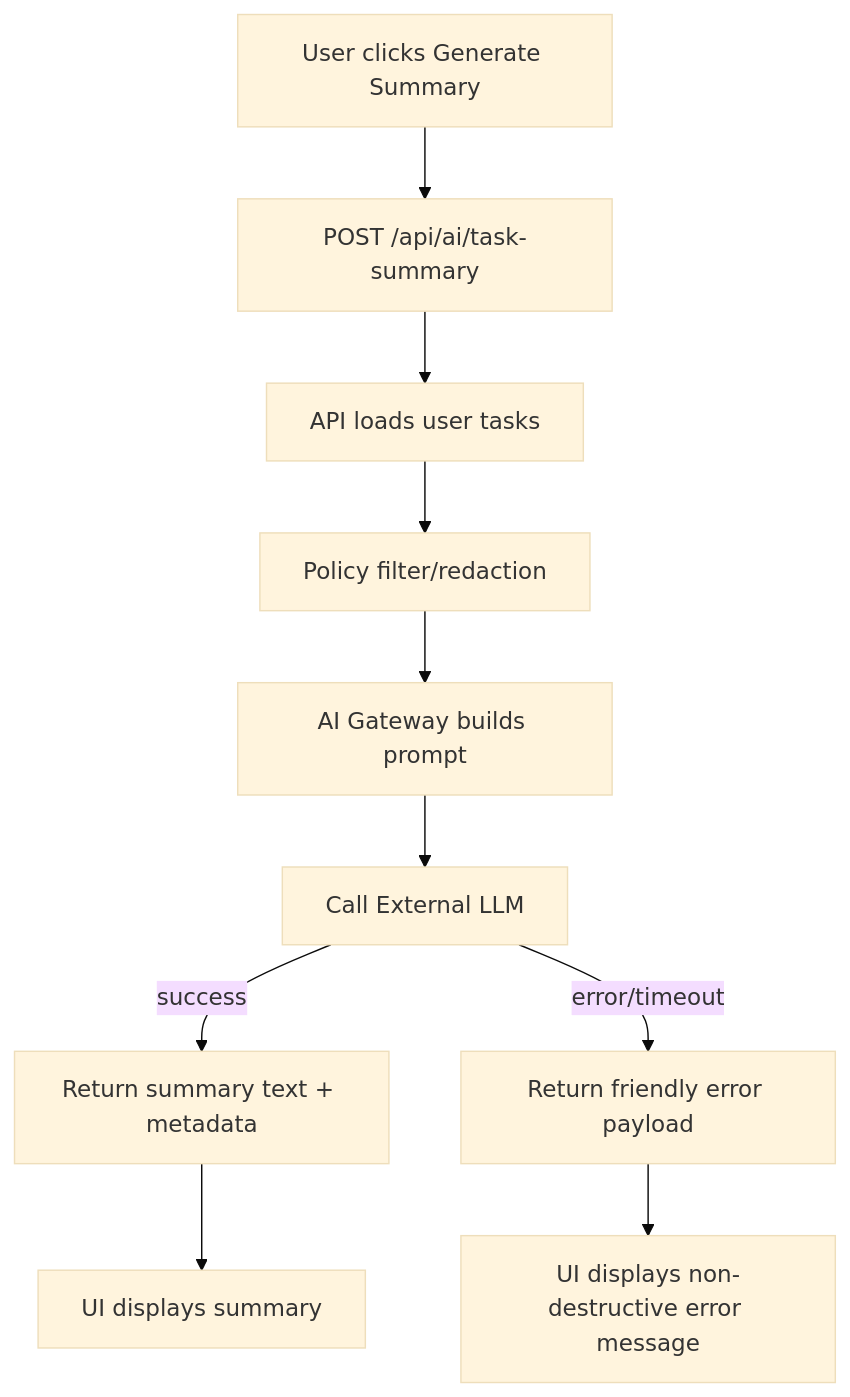
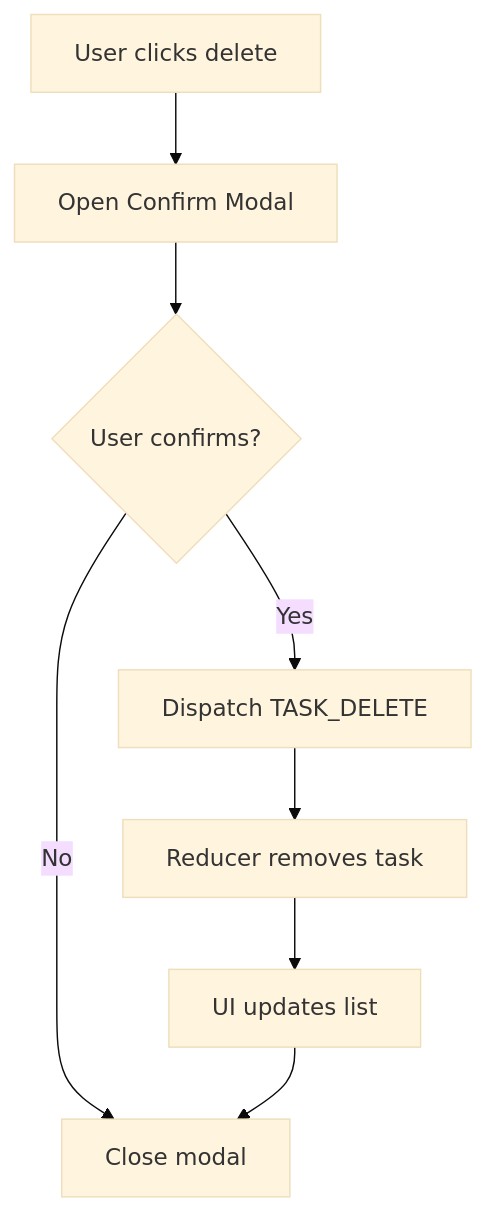
Before and after one commit to nabia-debug/ReactJS-ToDoList: the fourth of 5 diagrams in HLD.md, drawn with Mermaid (base theme). The commit also changed other lines of this file, not shown here.

Commit message:
docs: update HLD.md aligned with task manager-React epic

````diff
--- a/HLD.md
+++ b/HLD.md
@@ -109,12 +139,10 @@
 ```mermaid
 flowchart TD
-  A[User clicks Generate Summary] --> B[POST /api/ai/task-summary]
-  B --> C[API loads user tasks]
-  C --> D[Policy filter/redaction]
-  D --> E[AI Gateway builds prompt]
-  E --> F[Call External LLM]
-  F -- success --> G[Return summary text + metadata]
-  F -- error/timeout --> H[Return friendly error payload]
-  G --> I[UI displays summary]
-  H --> J[UI displays non-destructive error message]
+  A[User clicks delete] --> B[Open Confirm Modal]
+  B --> C{User confirms?}
+  C -- No --> D[Close modal]
+  C -- Yes --> E[Dispatch TASK_DELETE]
+  E --> F[Reducer removes task]
+  F --> G[UI updates list]
+  G --> D
 ```
````
